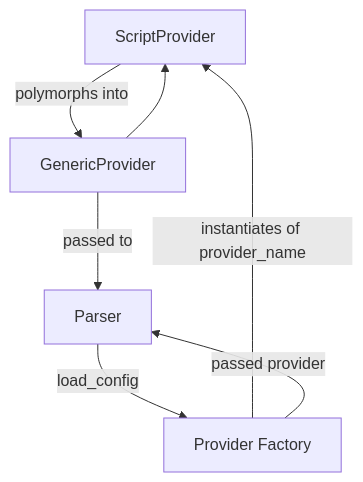
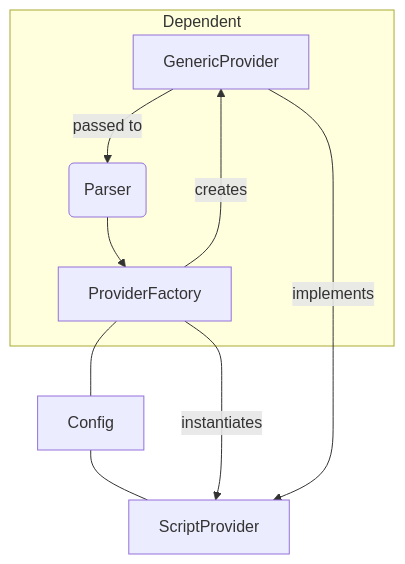
One commit to inflamously/pylaunch changed the eighth of 8 diagrams in pylaunch.md. Above: the diagram before and after it, drawn with Mermaid. The commit also changed other lines of this file, not shown here.

Commit message:
docs(backend): removed unused factory example and added new script-provider dependency graph.'

````diff
--- a/pylaunch.md
+++ b/pylaunch.md
@@ -104,13 +104,15 @@
 ```mermaid
-graph TD
-	ScriptProvider
-	GenericProvider
-	provider_factory[Provider Factory]
-	Parser
-	Parser -- load_config --> provider_factory
-	provider_factory -- instantiates of provider_name --> ScriptProvider
-    ScriptProvider -- polymorphs into --> GenericProvider
-    provider_factory -- passed provider --> Parser
-    GenericProvider -- passed to --> Parser
-    GenericProvider --> ScriptProvider 
+graph TB
+	subgraph Dependent
+        GenericProvider
+        parser(Parser)
+		ProviderFactory
+	end
+	parser --> ProviderFactory
+	ProviderFactory --- Config --- ScriptProvider
+	ProviderFactory -- instantiates --> ScriptProvider
+	ProviderFactory -- creates --> GenericProvider
+	GenericProvider -- passed to --> parser
+	GenericProvider -- implements --> ScriptProvider
+	
 ```
````
